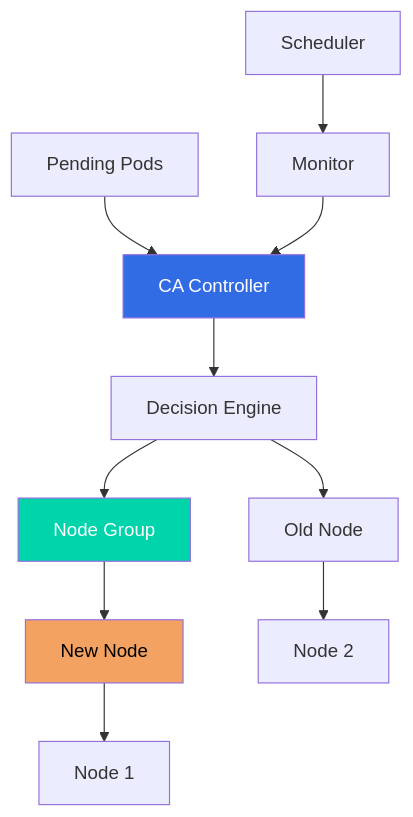
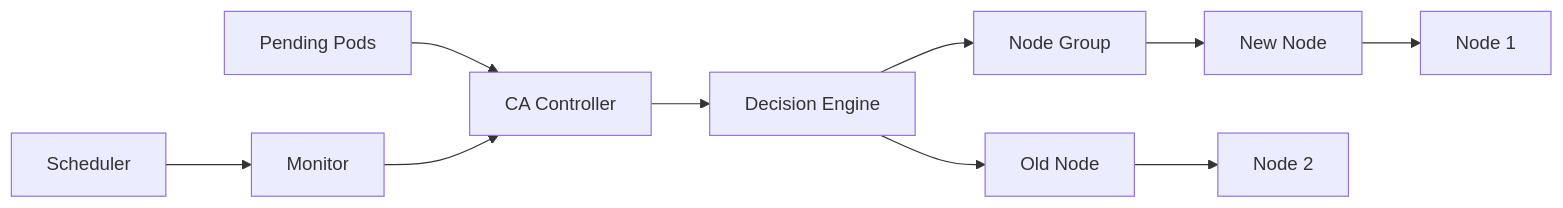
Diagram 31 of 33 in README.md (jayeshjd555/Kubernetes), drawn with Mermaid before and after one commit. The commit also changed other lines of this file, not shown here.

Commit message:
update diagram

````diff
--- a/README.md
+++ b/README.md
@@ -11585,16 +11572,12 @@
 ```mermaid
-flowchart TB
-    Pending[Pending Pods] --> CA[CA Controller]
-    Scheduler[Scheduler] --> Monitor[Monitor]
-    Monitor --> CA
-    CA --> Decision[Decision Engine]
-    Decision --> NodeGroup[Node Group]
-    NodeGroup --> NewNode[New Node]
-    Decision --> OldNode[Old Node]
-    NewNode --> Node1[Node 1]
-    OldNode --> Node2[Node 2]
-    
-    style CA fill:#326ce5,color:#fff
-    style NodeGroup fill:#00d4aa,color:#fff
-    style NewNode fill:#f4a261,color:#000
+graph LR
+    A[Pending Pods] --> B[CA Controller]
+    C[Scheduler] --> D[Monitor]
+    D --> B
+    B --> E[Decision Engine]
+    E --> F[Node Group]
+    F --> G[New Node]
+    E --> H[Old Node]
+    G --> I[Node 1]
+    H --> J[Node 2]
 ```
````
